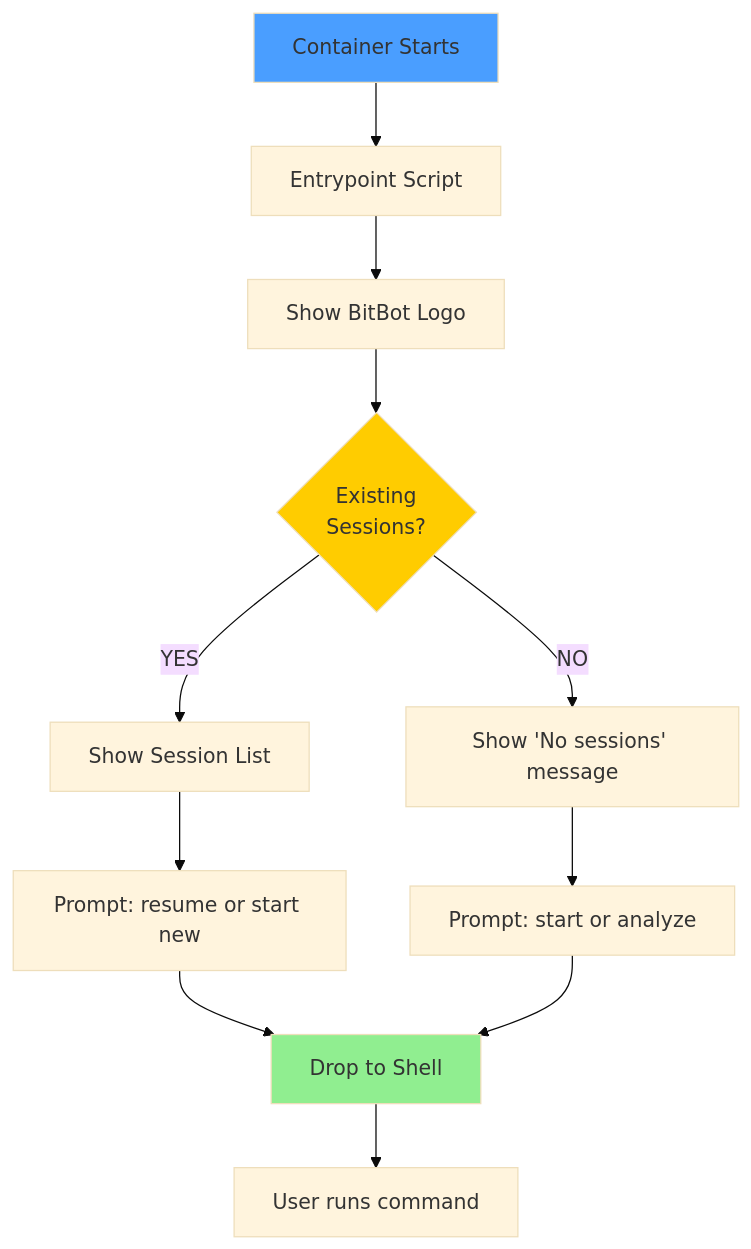
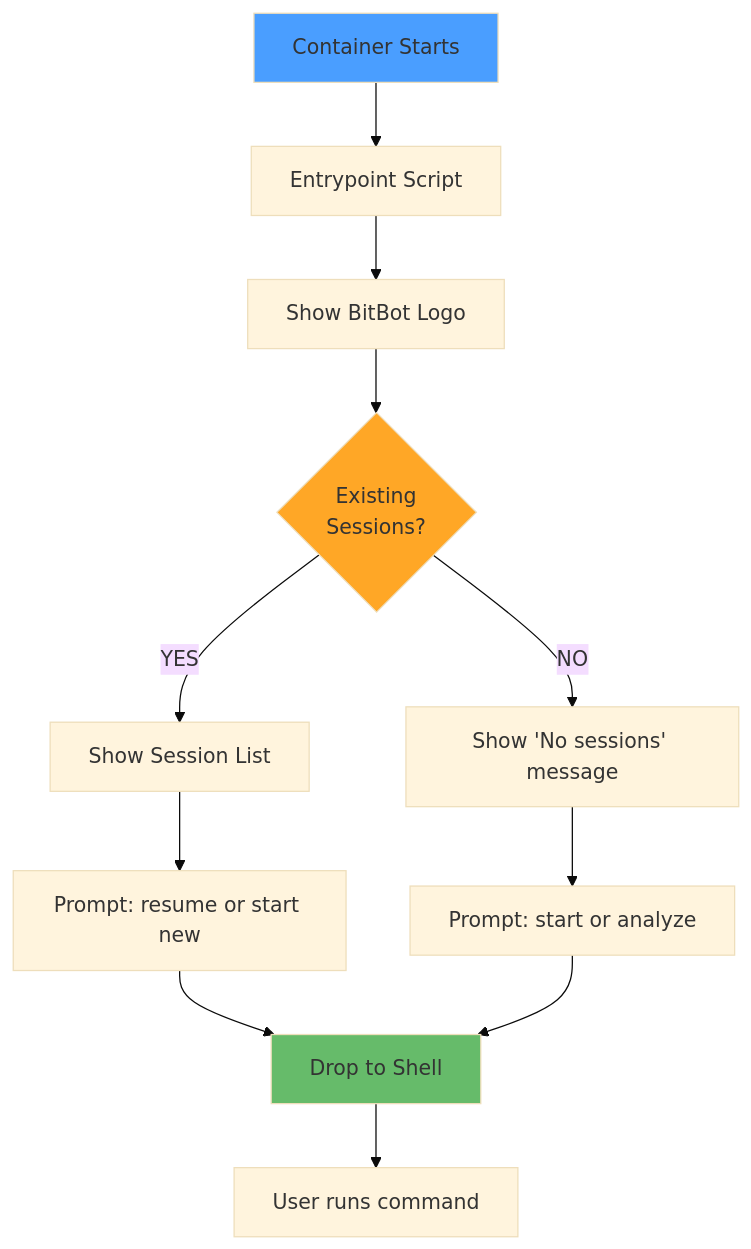
The first of 5 diagrams in sparc/2-pseudocode/FLOW_INNER_BITBOT.md (ManuelKugelmann/BitBot), drawn with Mermaid (base theme) before and after one commit. The commit also changed other lines of this file, not shown here.

First line of the commit message:
Update colors in FLOW_INNER_BITBOT pseudocode diagrams

````diff
--- a/sparc/2-pseudocode/FLOW_INNER_BITBOT.md
+++ b/sparc/2-pseudocode/FLOW_INNER_BITBOT.md
@@ -31,21 +31,21 @@
 ```mermaid
 flowchart TD
     Start[Container Starts] --> Entry[Entrypoint Script]
     Entry --> Logo[Show BitBot Logo]
     Logo --> Check{Existing<br/>Sessions?}
 
     Check -->|YES| ShowSess[Show Session List]
     Check -->|NO| NewMsg[Show 'No sessions' message]
 
     ShowSess --> Prompt1[Prompt: resume or start new]
     NewMsg --> Prompt2[Prompt: start or analyze]
 
     Prompt1 --> Shell[Drop to Shell]
     Prompt2 --> Shell
 
     Shell --> UserCmd[User runs command]
 
     style Start fill:#4a9eff
-    style Check fill:#ffcc00
-    style Shell fill:#90ee90
+    style Check fill:#ffa726,color:#333
+    style Shell fill:#66bb6a,color:#333
 ```
````
